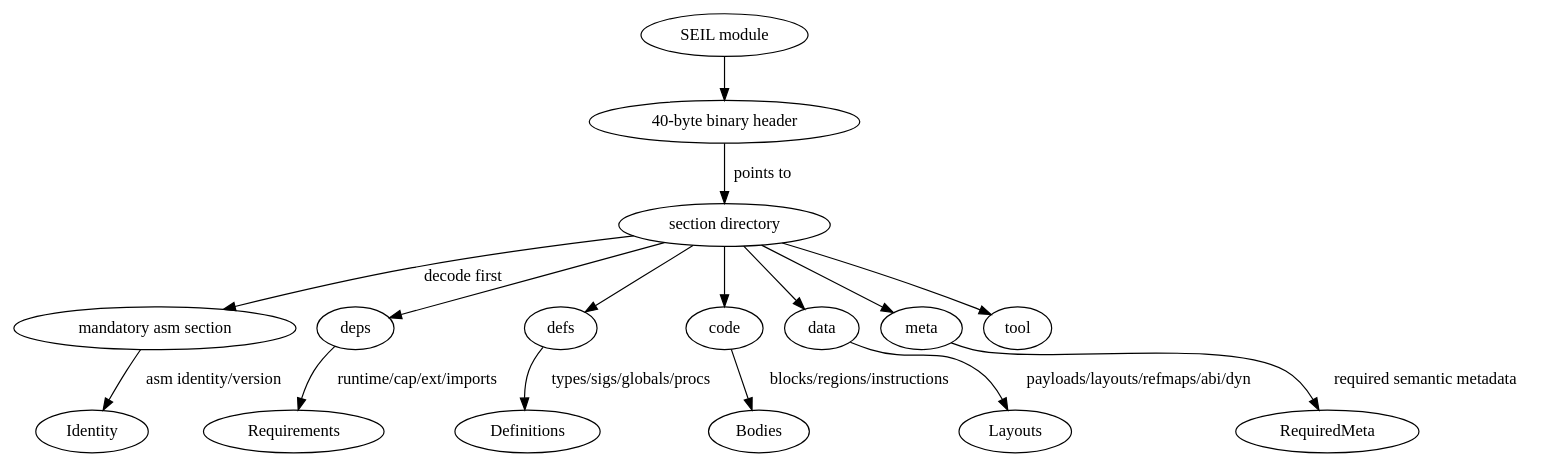
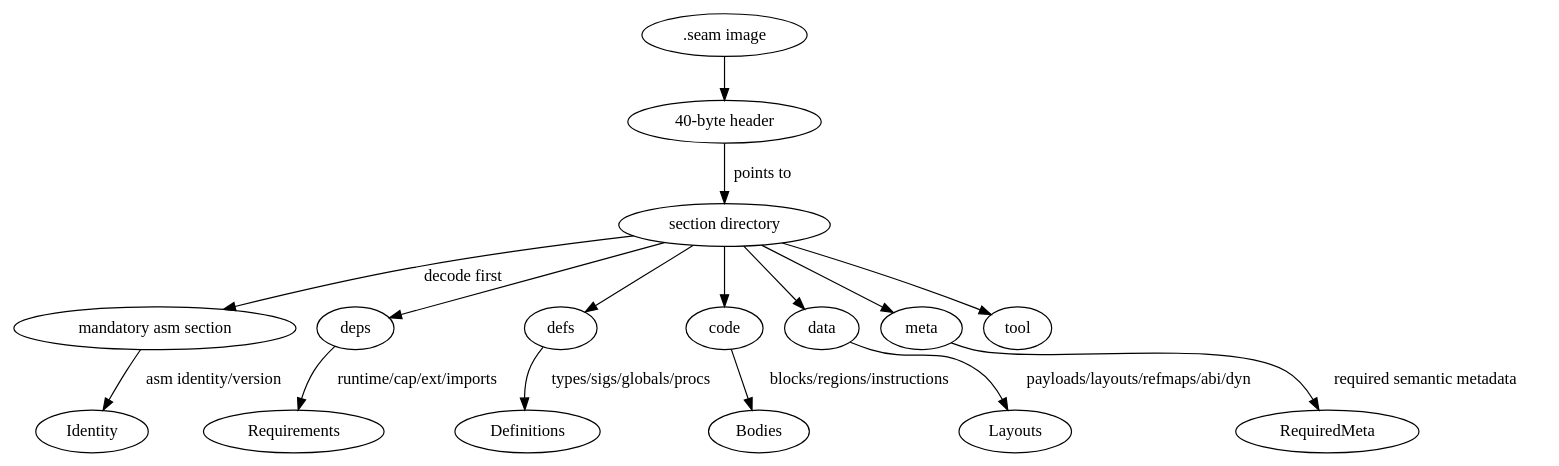
Before and after one commit to xsyetopz/musi-next: the second of 2 diagrams in docs/LOCKED_LANGUAGE_DESIGN.md, drawn with Graphviz. The commit also changed other lines of this file and 25 other files, not shown here.

````diff
--- a/docs/LOCKED_LANGUAGE_DESIGN.md
+++ b/docs/LOCKED_LANGUAGE_DESIGN.md
@@ -883,32 +901,32 @@
 ```dot
-digraph seil_module {
+digraph seam_bytecode_module {
   rankdir=TB;
-  Module [label="SEIL module"];
-  Header [label="40-byte binary header"];
+  Module [label=".seam image"];
+  Header [label="40-byte header"];
   Directory [label="section directory"];
   Asm [label="mandatory asm section"];
   Deps [label="deps"];
   Defs [label="defs"];
   Code [label="code"];
   Data [label="data"];
   Meta [label="meta"];
   Tool [label="tool"];
 
   Module -> Header;
   Header -> Directory [label="points to"];
   Directory -> Asm [label="decode first"];
   Directory -> Deps;
   Directory -> Defs;
   Directory -> Code;
   Directory -> Data;
   Directory -> Meta;
   Directory -> Tool;
 
   Asm -> Identity [label="asm identity/version"];
   Deps -> Requirements [label="runtime/cap/ext/imports"];
   Defs -> Definitions [label="types/sigs/globals/procs"];
   Code -> Bodies [label="blocks/regions/instructions"];
   Data -> Layouts [label="payloads/layouts/refmaps/abi/dyn"];
   Meta -> RequiredMeta [label="required semantic metadata"];
 }
 ```
````
